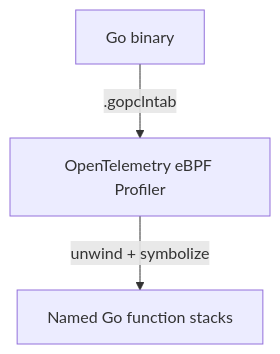
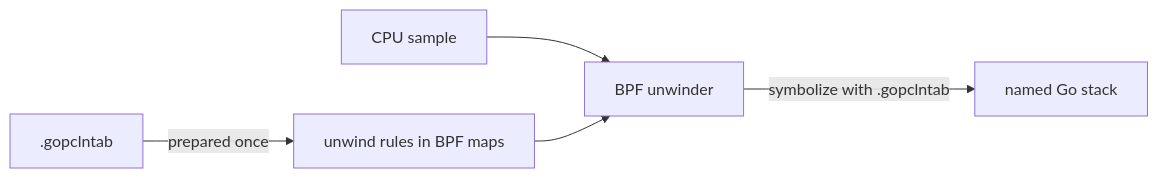
Before and after one commit to kakkoyun/golab-26: diagram 12 of 15 in talks/without-a-single-line/slides/presentation.md, drawn with Mermaid. The commit also changed other lines of this file and 4 other files, not shown here.

````diff
--- a/talks/without-a-single-line/slides/presentation.md
+++ b/talks/without-a-single-line/slides/presentation.md
@@ -735,5 +1002,7 @@
 ```mermaid
-flowchart TD
-    A[Go binary] -->|.gopclntab| B[OpenTelemetry eBPF Profiler]
-    B -->|unwind + symbolize| C[Named Go function stacks]
+flowchart LR
+    A[.gopclntab] -->|prepared once| B[unwind rules in BPF maps]
+    C[CPU sample] --> D[BPF unwinder]
+    B --> D
+    D -->|symbolize with .gopclntab| E[named Go stack]
 ```
````
